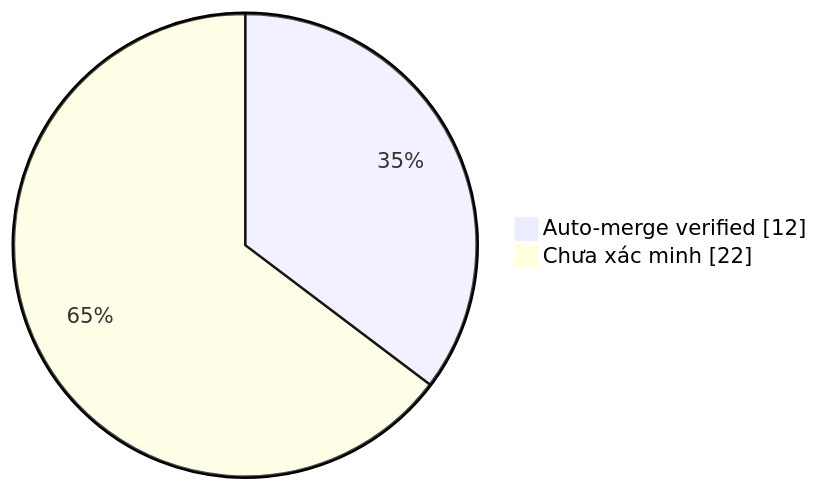
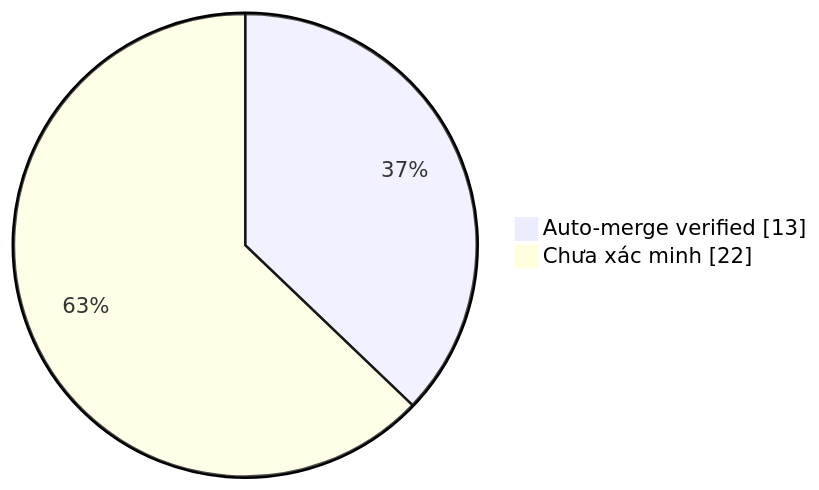
One commit to duykhang68/tetdinhmuiblog changed the diagram in collector.md. Above: the diagram before and after it, drawn with Mermaid. The commit also changed other lines of this file and 1 other file, not shown here.

Commit message:
docs(collector): update auto-merge evidence dashboard

````diff
--- a/collector.md
+++ b/collector.md
@@ -22,5 +22,5 @@
 ```mermaid
 pie showData
-    "Auto-merge verified" : 12
+    "Auto-merge verified" : 13
     "Chưa xác minh" : 22
 ```
````
